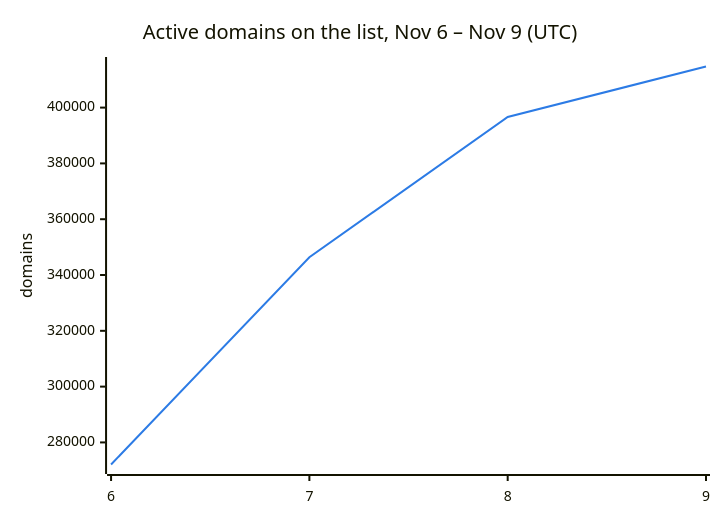
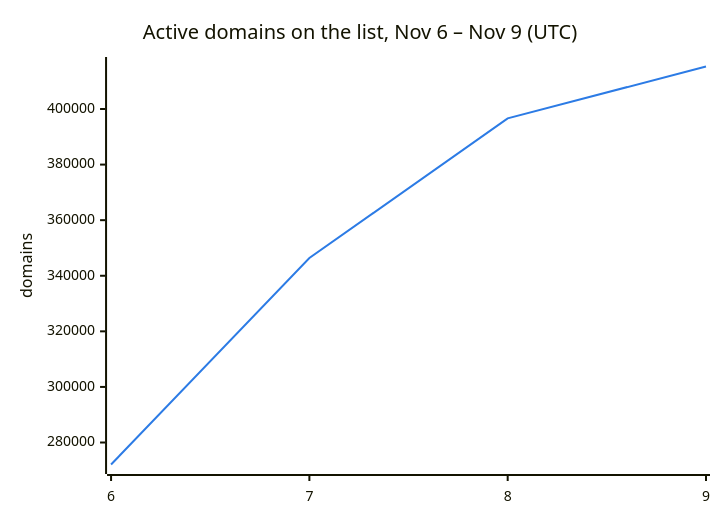
Before and after one commit to DNSBunker/CTI: the second of 3 diagrams in README.md, drawn with Mermaid. The commit also changed other lines of this file and 3 other files, not shown here.

````diff
--- a/README.md
+++ b/README.md
@@ -38,8 +38,8 @@
 ```mermaid
 %%{init: {"themeVariables": {"xyChart": {"plotColorPalette": "#2c7be5"}}}}%%
 xychart-beta
     title "Active domains on the list, Nov 6 – Nov 9 (UTC)"
     x-axis ["6", "7", "8", "9"]
     y-axis "domains"
-    line [272088, 346388, 396638, 414729]
+    line [272088, 346388, 396638, 415295]
 ```
````
